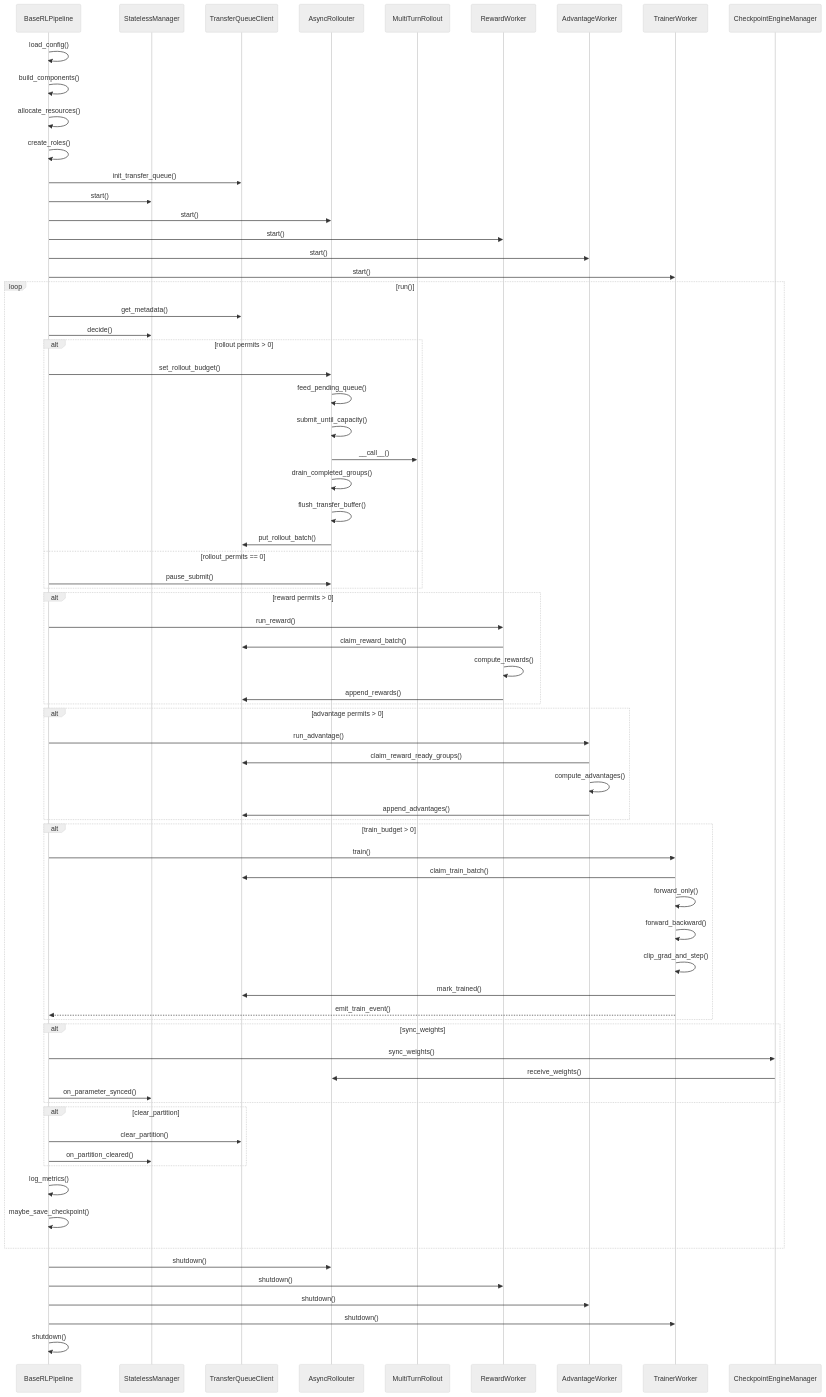
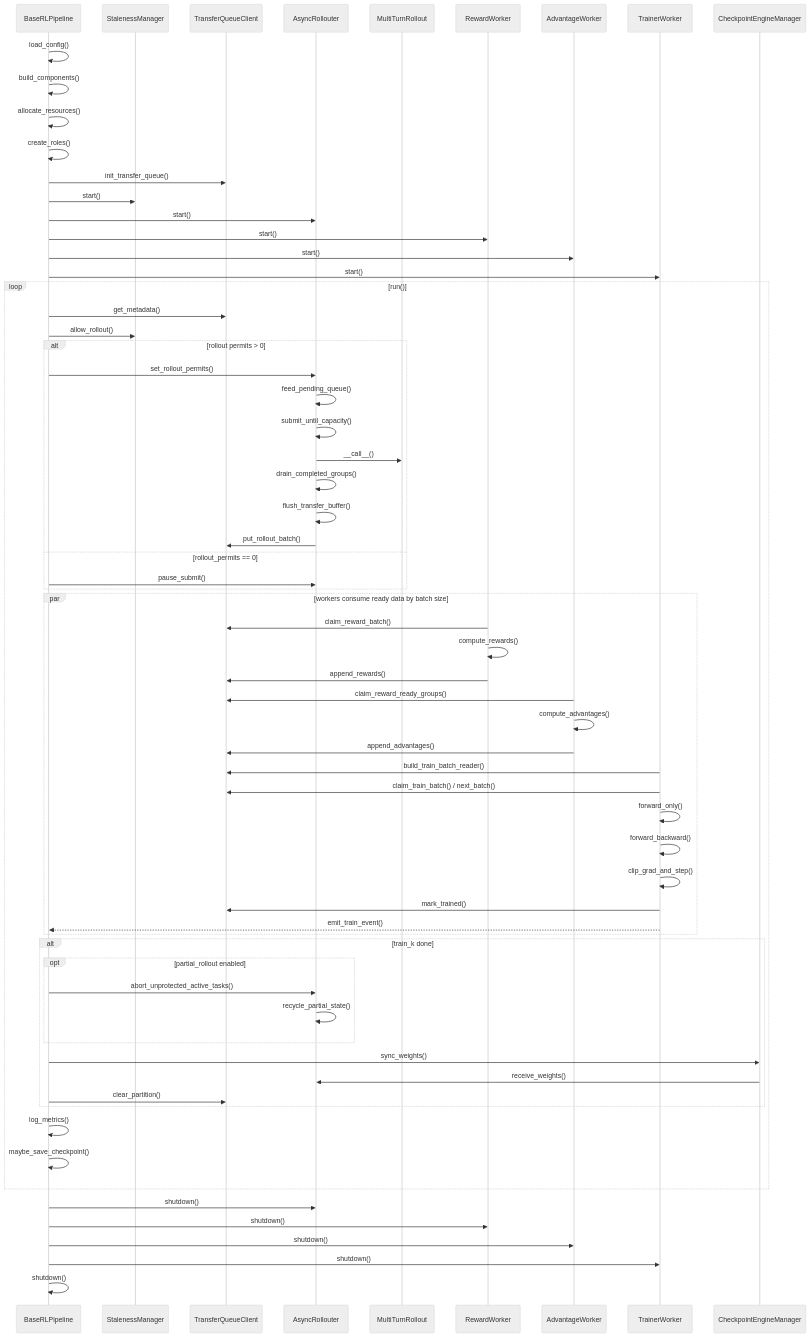
The sixth of 6 diagrams in docs/source_zh/组件/Gym/Async-Agentic-RL-Spec-v2.md (meichangsu1/twinkle), drawn with Mermaid (neutral theme) before and after one commit. The commit also changed other lines of this file and 2 other files, not shown here.

````diff
--- a/docs/source_zh/组件/Gym/Async-Agentic-RL-Spec-v2.md
+++ b/docs/source_zh/组件/Gym/Async-Agentic-RL-Spec-v2.md
@@ -636,7 +651,7 @@
 ```mermaid
 sequenceDiagram
     participant P as BaseRLPipeline
-    participant M as StatelessManager
+    participant M as StalenessManager
     participant Q as TransferQueueClient
     participant R as AsyncRollouter
     participant L as MultiTurnRollout
@@ -658,10 +673,10 @@
 
     loop run()
         P->>Q: get_metadata()
-        P->>M: decide()
+        P->>M: allow_rollout()
 
         alt rollout permits > 0
-            P->>R: set_rollout_budget()
+            P->>R: set_rollout_permits()
             R->>R: feed_pending_queue()
             R->>R: submit_until_capacity()
             R->>L: __call__()
@@ -672,23 +687,17 @@
             P->>R: pause_submit()
         end
 
-        alt reward permits > 0
-            P->>W: run_reward()
+        par workers consume ready data by batch size
             W->>Q: claim_reward_batch()
             W->>W: compute_rewards()
             W->>Q: append_rewards()
-        end
 
-        alt advantage permits > 0
-            P->>A: run_advantage()
             A->>Q: claim_reward_ready_groups()
             A->>A: compute_advantages()
             A->>Q: append_advantages()
-        end
 
-        alt train_budget > 0
-            P->>T: train()
-            T->>Q: claim_train_batch()
+            T->>Q: build_train_batch_reader()
+            T->>Q: claim_train_batch() / next_batch()
             T->>T: forward_only()
             T->>T: forward_backward()
             T->>T: clip_grad_and_step()
@@ -696,15 +705,14 @@
             T-->>P: emit_train_event()
         end
 
-        alt sync_weights
+        alt train_k done
+            opt partial_rollout enabled
+                P->>R: abort_unprotected_active_tasks()
+                R->>R: recycle_partial_state()
+            end
             P->>C: sync_weights()
             C->>R: receive_weights()
-            P->>M: on_parameter_synced()
-        end
-
-        alt clear_partition
             P->>Q: clear_partition()
-            P->>M: on_partition_cleared()
         end
 
         P->>P: log_metrics()
````
